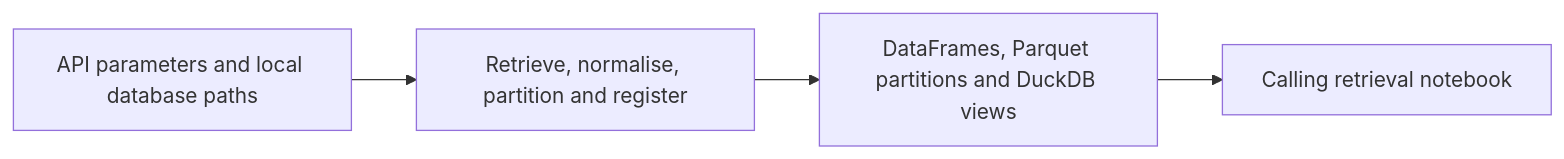
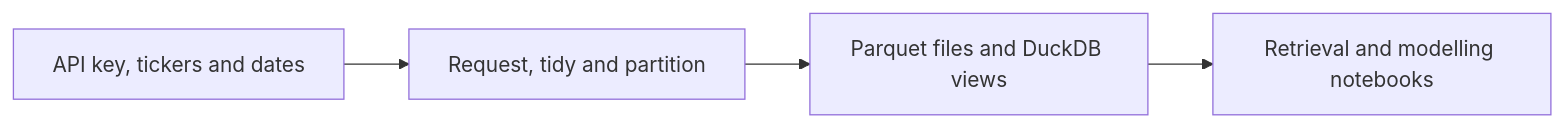
One commit to Ferreter/Dissertation changed the diagram in docs/scripts/massive_database.md. Above: the diagram before and after it, drawn with Mermaid. The commit also changed other lines of this file and 27 other files, not shown here.

````diff
--- a/docs/scripts/massive_database.md
+++ b/docs/scripts/massive_database.md
@@ -12,6 +13,6 @@
 ```mermaid
 flowchart LR
-    A["API parameters and local database paths"] --> B["Retrieve, normalise, partition and register"]
-    B --> C["DataFrames, Parquet partitions and DuckDB views"]
-    C --> D["Calling retrieval notebook"]
+    A["API key, tickers and dates"] --> B["Request, tidy and partition"]
+    B --> C["Parquet files and DuckDB views"]
+    C --> D["Retrieval and modelling notebooks"]
 ```
````
